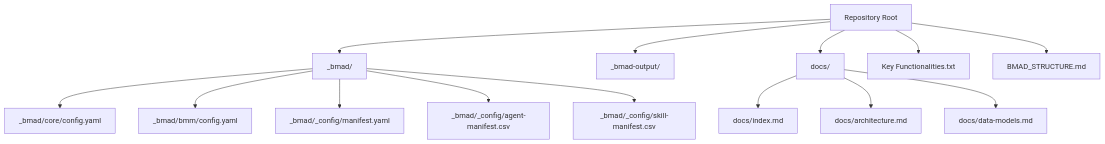
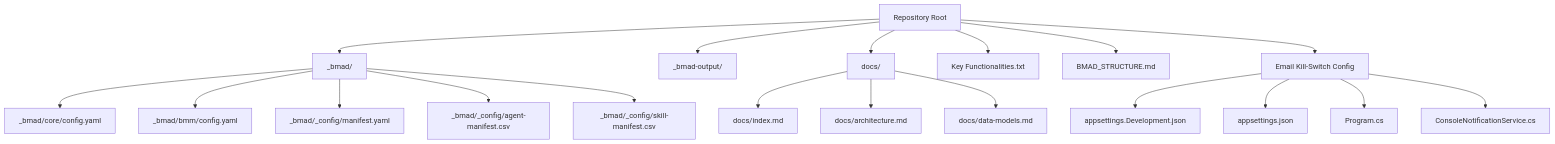
The first of 7 diagrams in .qoder/repowiki/en/content/Configuration and Deployment/Configuration and Deployment.md (lamhongbac/NonCash), drawn with Mermaid before and after one commit. The commit also changed other lines of this file and 57 other files, not shown here.

````diff
--- a/.qoder/repowiki/en/content/Configuration and Deployment/Configuration and Deployment.md
+++ b/.qoder/repowiki/en/content/Configuration and Deployment/Configuration and Deployment.md
@@ -39,30 +56,40 @@
 ```mermaid
 graph TB
 Root["Repository Root"]
 Bmad["_bmad/"]
 CoreCfg["_bmad/core/config.yaml"]
 BmmCfg["_bmad/bmm/config.yaml"]
 Manifest["_bmad/_config/manifest.yaml"]
 AgentManifest["_bmad/_config/agent-manifest.csv"]
 SkillManifest["_bmad/_config/skill-manifest.csv"]
 Output["_bmad-output/"]
 Docs["docs/"]
 Index["docs/index.md"]
 Arch["docs/architecture.md"]
 Data["docs/data-models.md"]
 Func["Key Functionalities.txt"]
 BmadStructure["BMAD_STRUCTURE.md"]
+EmailConfig["Email Kill-Switch Config"]
+DevSettings["appsettings.Development.json"]
+ProdSettings["appsettings.json"]
+Program["Program.cs"]
+ConsoleSvc["ConsoleNotificationService.cs"]
 Root --> Bmad
 Bmad --> CoreCfg
 Bmad --> BmmCfg
 Bmad --> Manifest
 Bmad --> AgentManifest
 Bmad --> SkillManifest
 Root --> Output
 Root --> Docs
 Docs --> Index
 Docs --> Arch
 Docs --> Data
 Root --> Func
 Root --> BmadStructure
+Root --> EmailConfig
+EmailConfig --> DevSettings
+EmailConfig --> ProdSettings
+EmailConfig --> Program
+EmailConfig --> ConsoleSvc
 ```
````
